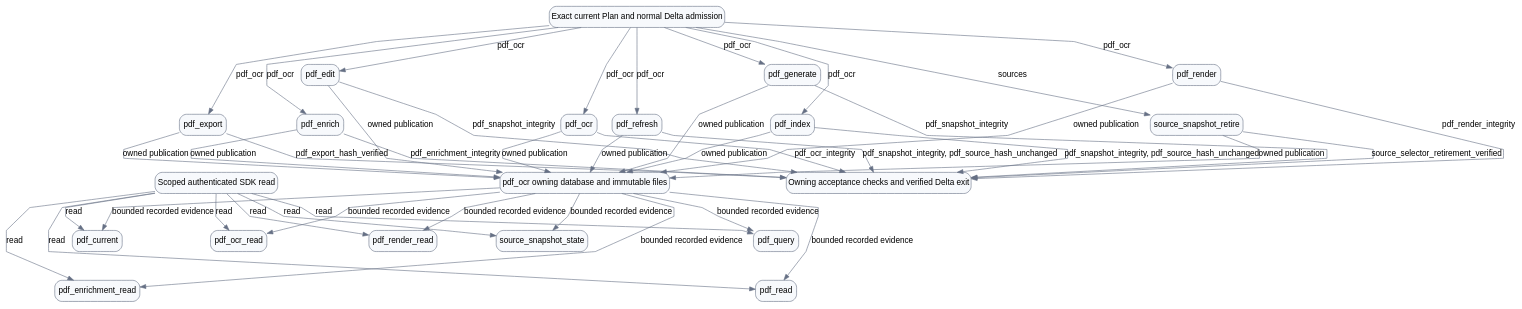
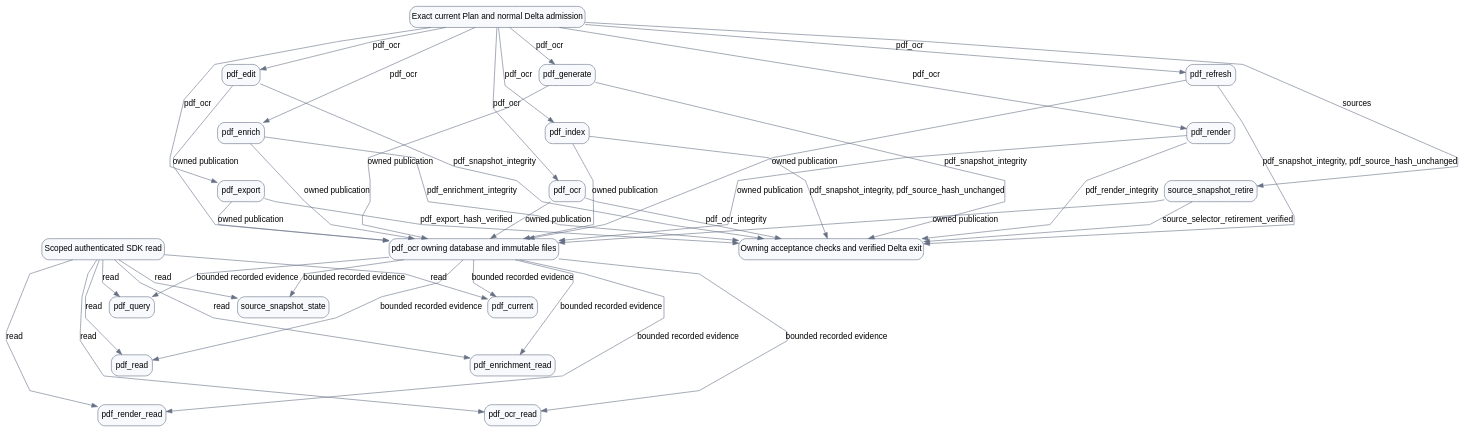
One commit to rathee000001/evidence_lane_plugin changed the diagram in plugins/evidence-lane-plugin/authorities/project_sectors/pdf_ocr/workflow.dot. Above: the diagram before and after it, drawn with Graphviz. The commit also changed 597 other files, not shown here.

```diff
--- a/plugins/evidence-lane-plugin/authorities/project_sectors/pdf_ocr/workflow.dot
+++ b/plugins/evidence-lane-plugin/authorities/project_sectors/pdf_ocr/workflow.dot
@@ -1,73 +1,78 @@
 digraph workflow_pdf_ocr {
   // EVIDENCE_LANE_GRAPH_ENGINE=PYTHON_GRAPHVIZ
   // PYTHON_GRAPHVIZ_VERSION=0.21
   bgcolor=white compound=true fontname=Arial newrank=true nodesep=0.35 rankdir=TB ranksep=0.65 splines=polyline
   node [color="#667085" fontname=Arial shape=box style="rounded,filled"]
   edge [color="#667085" fontname=Arial]
   lane [label="pdf_ocr owning database and immutable files" color="#667085" fillcolor="#f7f9fc" shape=box style="rounded,filled"]
   delta [label="Exact current Plan and normal Delta admission" color="#667085" fillcolor="#f7f9fc" shape=box style="rounded,filled"]
   verify [label="Owning acceptance checks and verified Delta exit" color="#667085" fillcolor="#f7f9fc" shape=box style="rounded,filled"]
   read [label="Scoped authenticated SDK read" color="#667085" fillcolor="#f7f9fc" shape=box style="rounded,filled"]
   action_pdf_current [label=pdf_current color="#667085" fillcolor="#f7f9fc" shape=box style="rounded,filled"]
   action_pdf_edit [label=pdf_edit color="#667085" fillcolor="#f7f9fc" shape=box style="rounded,filled"]
   action_pdf_enrich [label=pdf_enrich color="#667085" fillcolor="#f7f9fc" shape=box style="rounded,filled"]
   action_pdf_enrichment_read [label=pdf_enrichment_read color="#667085" fillcolor="#f7f9fc" shape=box style="rounded,filled"]
   action_pdf_export [label=pdf_export color="#667085" fillcolor="#f7f9fc" shape=box style="rounded,filled"]
   action_pdf_generate [label=pdf_generate color="#667085" fillcolor="#f7f9fc" shape=box style="rounded,filled"]
   action_pdf_index [label=pdf_index color="#667085" fillcolor="#f7f9fc" shape=box style="rounded,filled"]
   action_pdf_ocr [label=pdf_ocr color="#667085" fillcolor="#f7f9fc" shape=box style="rounded,filled"]
   action_pdf_ocr_read [label=pdf_ocr_read color="#667085" fillcolor="#f7f9fc" shape=box style="rounded,filled"]
   action_pdf_query [label=pdf_query color="#667085" fillcolor="#f7f9fc" shape=box style="rounded,filled"]
   action_pdf_read [label=pdf_read color="#667085" fillcolor="#f7f9fc" shape=box style="rounded,filled"]
   action_pdf_refresh [label=pdf_refresh color="#667085" fillcolor="#f7f9fc" shape=box style="rounded,filled"]
   action_pdf_render [label=pdf_render color="#667085" fillcolor="#f7f9fc" shape=box style="rounded,filled"]
   action_pdf_render_read [label=pdf_render_read color="#667085" fillcolor="#f7f9fc" shape=box style="rounded,filled"]
   action_source_snapshot_retire [label=source_snapshot_retire color="#667085" fillcolor="#f7f9fc" shape=box style="rounded,filled"]
   action_source_snapshot_state [label=source_snapshot_state color="#667085" fillcolor="#f7f9fc" shape=box style="rounded,filled"]
   read -> action_pdf_current [label=read]
   lane -> action_pdf_current [label="bounded recorded evidence"]
   delta -> action_pdf_edit [label=pdf_ocr]
   action_pdf_edit -> lane [label="owned publication"]
   action_pdf_edit -> verify [label=pdf_snapshot_integrity]
   delta -> action_pdf_enrich [label=pdf_ocr]
   action_pdf_enrich -> lane [label="owned publication"]
   action_pdf_enrich -> verify [label=pdf_enrichment_integrity]
   read -> action_pdf_enrichment_read [label=read]
   lane -> action_pdf_enrichment_read [label="bounded recorded evidence"]
   delta -> action_pdf_export [label=pdf_ocr]
   action_pdf_export -> lane [label="owned publication"]
   action_pdf_export -> verify [label=pdf_export_hash_verified]
   delta -> action_pdf_generate [label=pdf_ocr]
   action_pdf_generate -> lane [label="owned publication"]
   action_pdf_generate -> verify [label=pdf_snapshot_integrity]
   delta -> action_pdf_index [label=pdf_ocr]
   action_pdf_index -> lane [label="owned publication"]
   action_pdf_index -> verify [label="pdf_snapshot_integrity, pdf_source_hash_unchanged"]
   delta -> action_pdf_ocr [label=pdf_ocr]
   action_pdf_ocr -> lane [label="owned publication"]
   action_pdf_ocr -> verify [label=pdf_ocr_integrity]
   read -> action_pdf_ocr_read [label=read]
   lane -> action_pdf_ocr_read [label="bounded recorded evidence"]
   read -> action_pdf_query [label=read]
   lane -> action_pdf_query [label="bounded recorded evidence"]
   read -> action_pdf_read [label=read]
   lane -> action_pdf_read [label="bounded recorded evidence"]
   delta -> action_pdf_refresh [label=pdf_ocr]
   action_pdf_refresh -> lane [label="owned publication"]
   action_pdf_refresh -> verify [label="pdf_snapshot_integrity, pdf_source_hash_unchanged"]
   delta -> action_pdf_render [label=pdf_ocr]
   action_pdf_render -> lane [label="owned publication"]
   action_pdf_render -> verify [label=pdf_render_integrity]
   read -> action_pdf_render_read [label=read]
   lane -> action_pdf_render_read [label="bounded recorded evidence"]
   delta -> action_source_snapshot_retire [label=sources]
   action_source_snapshot_retire -> lane [label="owned publication"]
   action_source_snapshot_retire -> verify [label=source_selector_retirement_verified]
   read -> action_source_snapshot_state [label=read]
   lane -> action_source_snapshot_state [label="bounded recorded evidence"]
   action_pdf_current -> action_pdf_enrichment_read [constraint=true style=invis weight=100]
+  action_pdf_enrichment_read -> action_pdf_ocr_read [constraint=true style=invis weight=100]
   action_pdf_query -> action_pdf_read [constraint=true style=invis weight=100]
+  action_pdf_read -> action_pdf_render_read [constraint=true style=invis weight=100]
   action_pdf_edit -> action_pdf_enrich [constraint=true style=invis weight=100]
+  action_pdf_enrich -> action_pdf_export [constraint=true style=invis weight=100]
   action_pdf_generate -> action_pdf_index [constraint=true style=invis weight=100]
+  action_pdf_index -> action_pdf_ocr [constraint=true style=invis weight=100]
+  action_pdf_refresh -> action_pdf_render [constraint=true style=invis weight=100]
   action_pdf_render -> action_source_snapshot_retire [constraint=true style=invis weight=100]
 }
```
